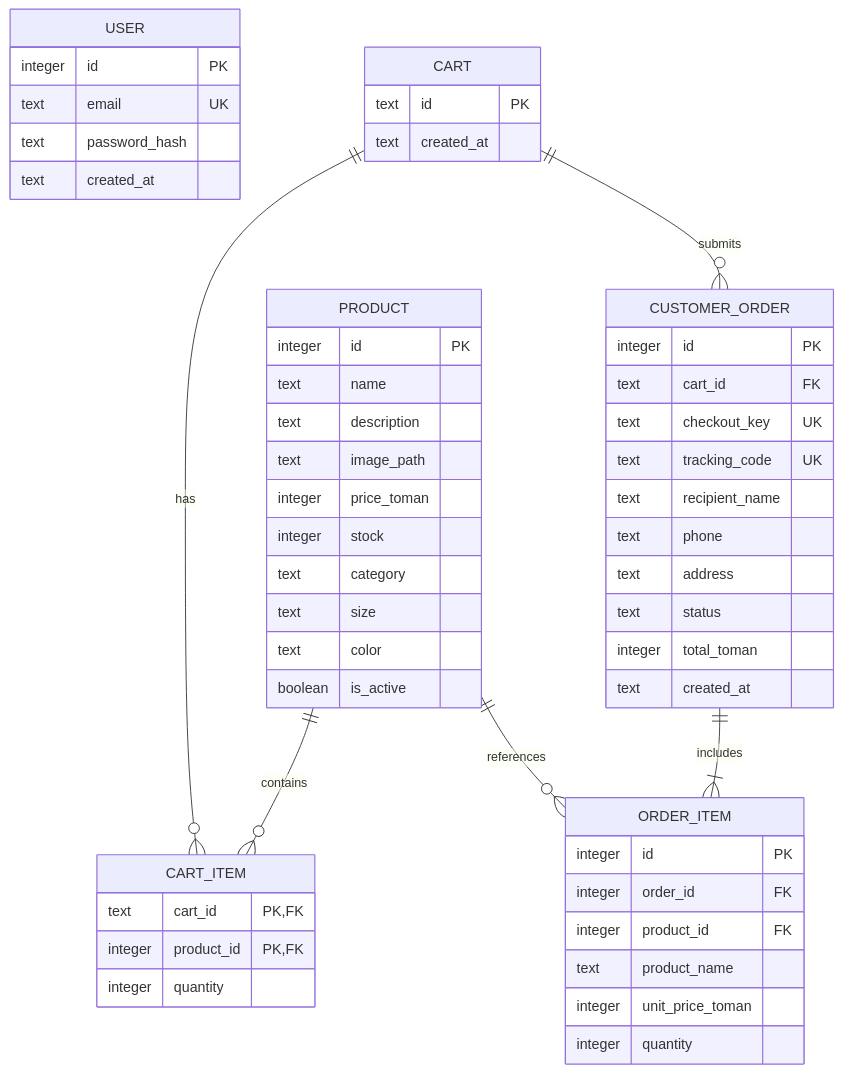
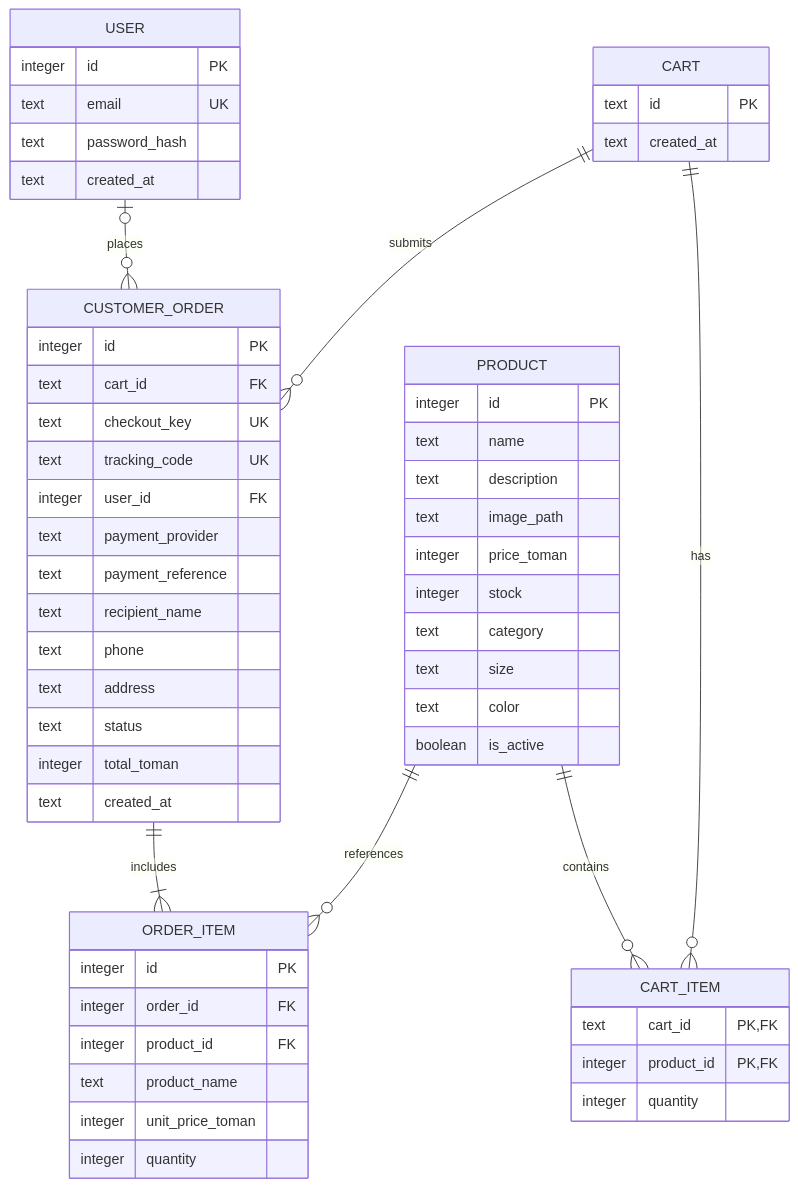
The diagram in docs/er-diagram.md (minooaslani137853-boop/iranian-clothing-shop), drawn with Mermaid before and after one commit. The commit also changed other lines of this file and 15 other files, not shown here.

````diff
--- a/docs/er-diagram.md
+++ b/docs/er-diagram.md
@@ -5,55 +5,59 @@
 ```mermaid
 erDiagram
     USER {
         integer id PK
         text email UK
         text password_hash
         text created_at
     }
+    USER o|--o{ CUSTOMER_ORDER : places
     PRODUCT ||--o{ CART_ITEM : contains
     CART ||--o{ CART_ITEM : has
     CART ||--o{ CUSTOMER_ORDER : submits
     CUSTOMER_ORDER ||--|{ ORDER_ITEM : includes
     PRODUCT ||--o{ ORDER_ITEM : references
     PRODUCT {
         integer id PK
         text name
         text description
         text image_path
         integer price_toman
         integer stock
         text category
         text size
         text color
         boolean is_active
     }
     CART {
         text id PK
         text created_at
     }
     CART_ITEM {
         text cart_id PK,FK
         integer product_id PK,FK
         integer quantity
     }
     CUSTOMER_ORDER {
         integer id PK
         text cart_id FK
         text checkout_key UK
         text tracking_code UK
+        integer user_id FK
+        text payment_provider
+        text payment_reference
         text recipient_name
         text phone
         text address
         text status
         integer total_toman
         text created_at
     }
     ORDER_ITEM {
         integer id PK
         integer order_id FK
         integer product_id FK
         text product_name
         integer unit_price_toman
         integer quantity
     }
 ```
````
